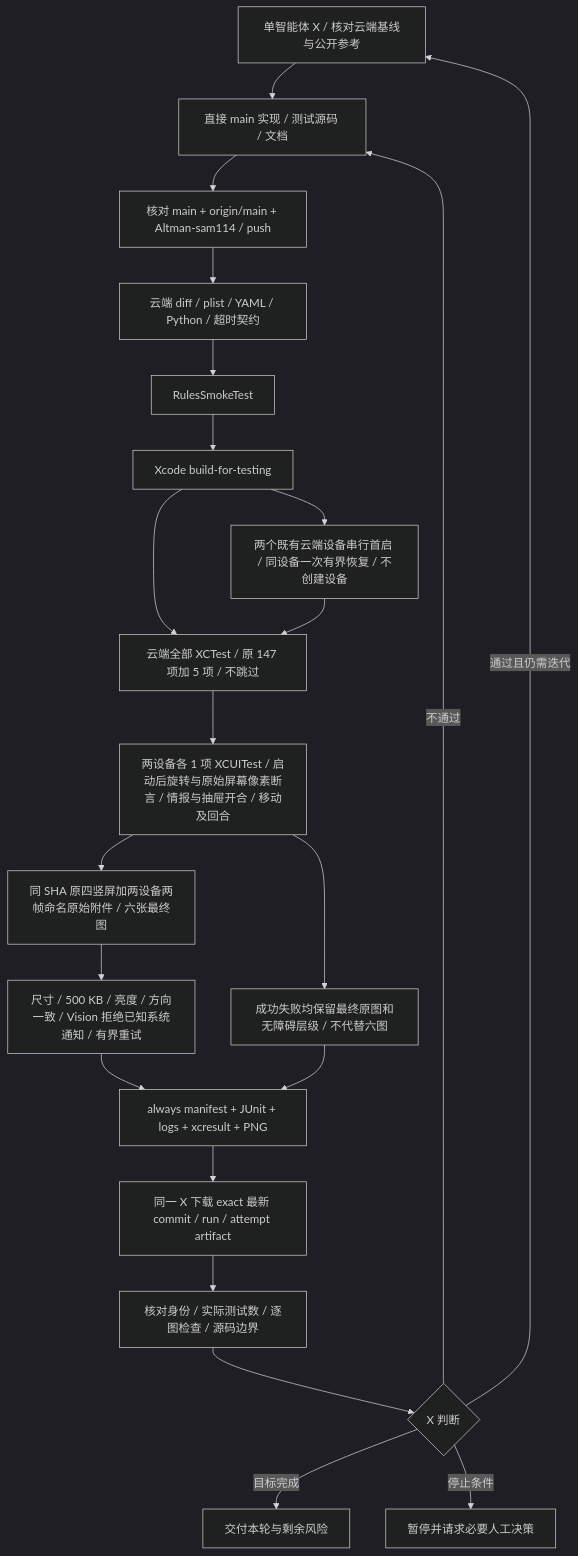
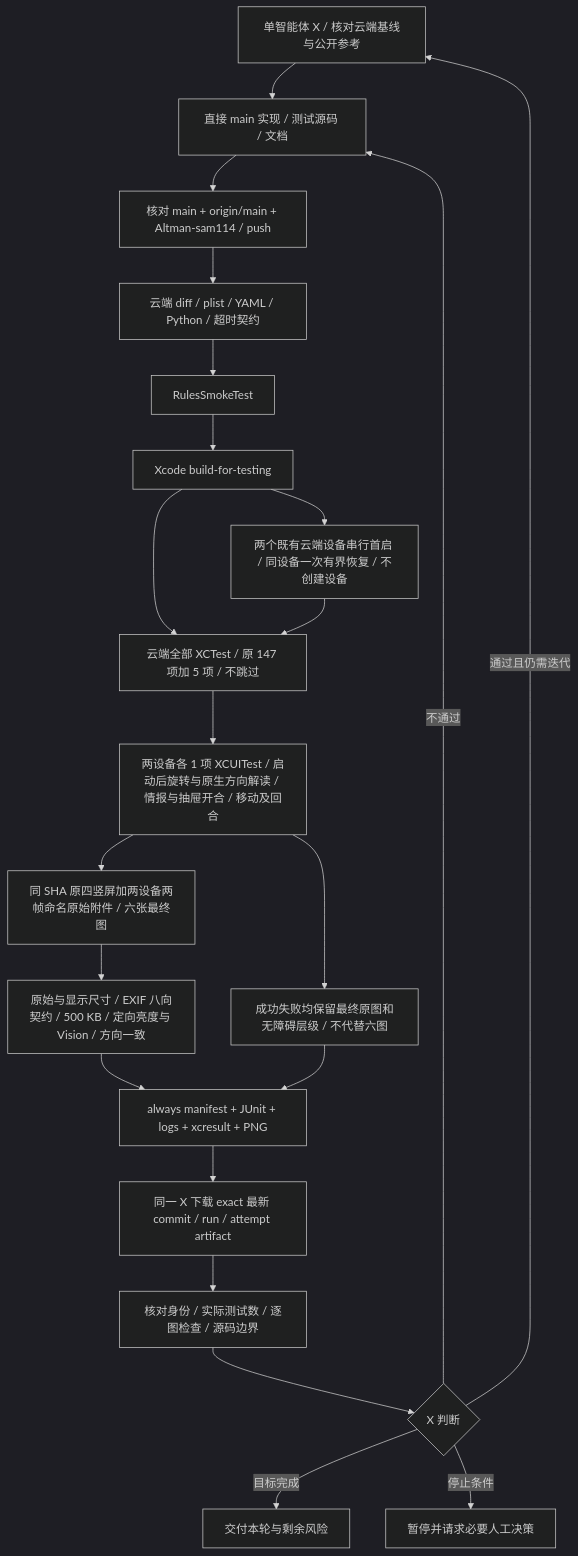
One commit to Altman-sam114/116 changed the third of 3 diagrams in md/flow/flowchart.md. Above: the diagram before and after it, drawn with Mermaid (dark theme). The commit also changed 7 other files, not shown here.

Commit message:
v3.4: 修正原生截图方向解读并保留失败取证

````diff
--- a/md/flow/flowchart.md
+++ b/md/flow/flowchart.md
@@ -64,24 +64,24 @@
 ```mermaid
 flowchart TD
     X[单智能体 X / 核对云端基线与公开参考] --> Implement[直接 main 实现 / 测试源码 / 文档]
     Implement --> Push[核对 main + origin/main + Altman-sam114 / push]
     Push --> Static[云端 diff / plist / YAML / Python / 超时契约]
     Static --> Smoke[RulesSmokeTest]
     Smoke --> Build[Xcode build-for-testing]
     Build --> XCTest[云端全部 XCTest / 原 147 项加 5 项 / 不跳过]
     Build --> Boot[两个既有云端设备串行首启 / 同设备一次有界恢复 / 不创建设备]
     Boot --> XCTest
-    XCTest --> UI[两设备各 1 项 XCUITest / 启动后旋转与原始屏幕像素断言 / 情报与抽屉开合 / 移动及回合]
+    XCTest --> UI[两设备各 1 项 XCUITest / 启动后旋转与原生方向解读 / 情报与抽屉开合 / 移动及回合]
     UI --> Six[同 SHA 原四竖屏加两设备两帧命名原始附件 / 六张最终图]
     UI --> Diagnostics[成功失败均保留最终原图和无障碍层级 / 不代替六图]
-    Six --> Gates[尺寸 / 500 KB / 亮度 / 方向一致 / Vision 拒绝已知系统通知 / 有界重试]
+    Six --> Gates[原始与显示尺寸 / EXIF 八向契约 / 500 KB / 定向亮度与 Vision / 方向一致]
     Gates --> Package[always manifest + JUnit + logs + xcresult + PNG]
     Diagnostics --> Package
     Package --> Download[同一 X 下载 exact 最新 commit / run / attempt artifact]
     Download --> Review[核对身份 / 实际测试数 / 逐图检查 / 源码边界]
     Review --> Decision{X 判断}
     Decision -->|通过且仍需迭代| X
     Decision -->|不通过| Implement
     Decision -->|目标完成| Done[交付本轮与剩余风险]
     Decision -->|停止条件| Stop[暂停并请求必要人工决策]
 ```
````
